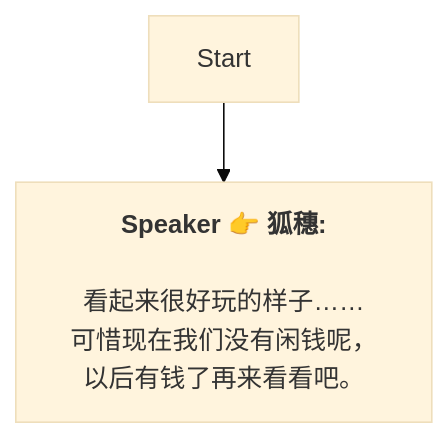
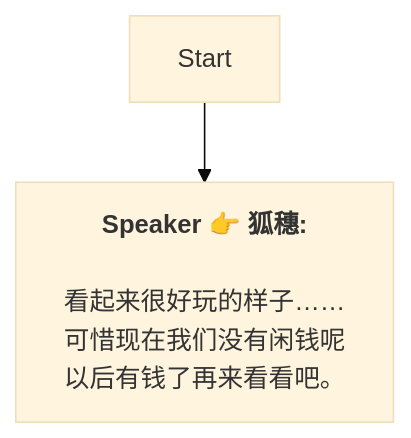
One commit to SoftHu/tos_avg changed the diagram in Zh/QuestStartTalkENode_1739414719136994.md. Above: the diagram before and after it, drawn with Mermaid (base theme). The commit also changed 199 other files, not shown here.

````diff
--- a/Zh/QuestStartTalkENode_1739414719136994.md
+++ b/Zh/QuestStartTalkENode_1739414719136994.md
@@ -1,8 +1,9 @@
 ```mermaid
 graph
 Start -->1739414744571109[<b>Speaker 👉 狐穗:</b>
 
 看起来很好玩的样子……
-可惜现在我们没有闲钱呢，以后有钱了再来看看吧。]
+可惜现在我们没有闲钱呢
+以后有钱了再来看看吧。]
 
  ```
````
